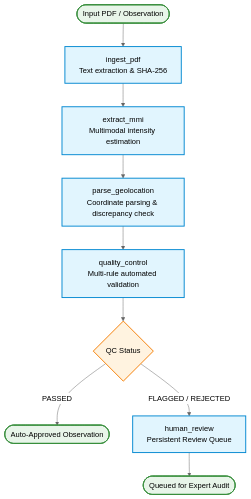
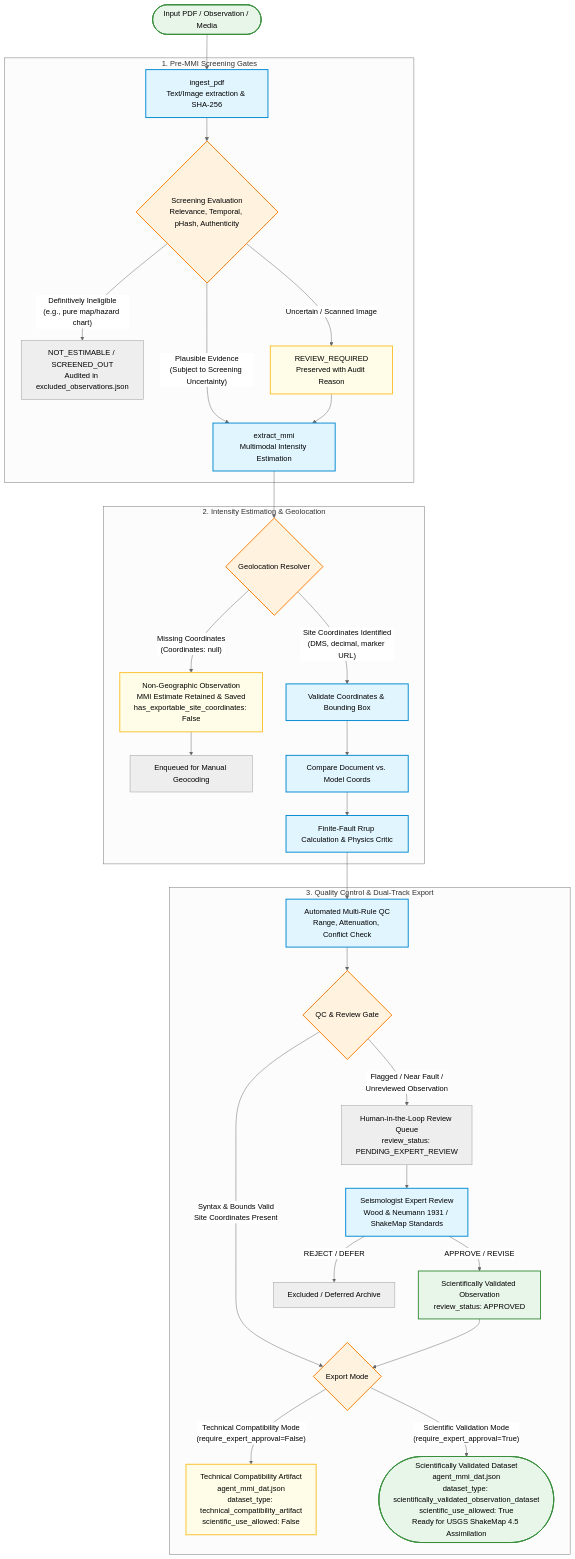
The diagram in docs/architecture.md (jdeng711/MMI-Gram), drawn with Mermaid (neutral theme) before and after one commit. The commit also changed other lines of this file and 7 other files, not shown here.

Commit message:
feat: harden scientific export safeguards, correct origin time metadata, and update architecture flowcharts

````diff
--- a/docs/architecture.md
+++ b/docs/architecture.md
@@ -67,19 +67,50 @@
 ```mermaid
 flowchart TD
-    Start([Input PDF / Observation]) --> Ingest[ingest_pdf<br/>Text extraction & SHA-256]
-    Ingest --> MMI[extract_mmi<br/>Multimodal intensity estimation]
-    MMI --> Geo[parse_geolocation<br/>Coordinate parsing & discrepancy check]
-    Geo --> QC[quality_control<br/>Multi-rule automated validation]
-    QC --> Decision{QC Status}
-    Decision -- PASSED --> Approved([Auto-Approved Observation])
-    Decision -- FLAGGED / REJECTED --> HITL[human_review<br/>Persistent Review Queue]
-    HITL --> Final([Queued for Expert Audit])
+    Start([Input PDF / Observation / Media]) --> Ingest[ingest_pdf<br/>Text/Image extraction & SHA-256]
+    
+    subgraph Screening ["1. Pre-MMI Screening Gates"]
+        Ingest --> GateCheck{Screening Evaluation<br/>Relevance, Temporal, pHash, Authenticity}
+        GateCheck -- "Definitively Ineligible<br/>(e.g., pure map/hazard chart)" --> ScreenedOut[NOT_ESTIMABLE / SCREENED_OUT<br/>Audited in excluded_observations.json]
+        GateCheck -- "Plausible Evidence<br/>(Subject to Screening Uncertainty)" --> MMI[extract_mmi<br/>Multimodal Intensity Estimation]
+        GateCheck -- "Uncertain / Scanned Image" --> FlagScreen[REVIEW_REQUIRED<br/>Preserved with Audit Reason]
+        FlagScreen --> MMI
+    end
+
+    subgraph EstimationAndGeo ["2. Intensity Estimation & Geolocation"]
+        MMI --> GeoResolution{Geolocation Resolver}
+        GeoResolution -- "Site Coordinates Identified<br/>(DMS, decimal, marker URL)" --> GeoValid[Validate Coordinates & Bounding Box]
+        GeoResolution -- "Missing Coordinates<br/>(Coordinates: null)" --> MissingGeo[Non-Geographic Observation<br/>MMI Estimate Retained & Saved<br/>has_exportable_site_coordinates: False]
+        MissingGeo --> HITL_Geo[Enqueued for Manual Geocoding]
+        GeoValid --> GeoCompare[Compare Document vs. Model Coords]
+        GeoCompare --> RrupPhysics[Finite-Fault Rrup Calculation & Physics Critic]
+    end
+
+    subgraph QualityControl ["3. Quality Control & Dual-Track Export"]
+        RrupPhysics --> QC[Automated Multi-Rule QC<br/>Range, Attenuation, Conflict Check]
+        QC --> GateStatus{QC & Review Gate}
+        
+        GateStatus -- "Syntax & Bounds Valid<br/>Site Coordinates Present" --> TechEligible{"Export Mode"}
+        
+        TechEligible -- "Technical Compatibility Mode<br/>(require_expert_approval=False)" --> TechExport[Technical Compatibility Artifact<br/>agent_mmi_dat.json<br/>dataset_type: technical_compatibility_artifact<br/>scientific_use_allowed: False]
+        
+        GateStatus -- "Flagged / Near Fault /<br/>Unreviewed Observation" --> HITL[Human-in-the-Loop Review Queue<br/>review_status: PENDING_EXPERT_REVIEW]
+        
+        HITL --> Seismologist[Seismologist Expert Review<br/>Wood & Neumann 1931 / ShakeMap Standards]
+        
+        Seismologist -- "APPROVE / REVISE" --> ApprovedObs[Scientifically Validated Observation<br/>review_status: APPROVED]
+        Seismologist -- "REJECT / DEFER" --> ExcludedAudit[Excluded / Deferred Archive]
+        
+        ApprovedObs --> TechEligible
+        TechEligible -- "Scientific Validation Mode<br/>(require_expert_approval=True)" --> SciExport([Scientifically Validated Dataset<br/>agent_mmi_dat.json<br/>dataset_type: scientifically_validated_observation_dataset<br/>scientific_use_allowed: True<br/>Ready for USGS ShakeMap 4.5 Assimilation])
+    end
 
     classDef implemented fill:#e1f5fe,stroke:#0288d1,stroke-width:2px;
     classDef decision fill:#fff3e0,stroke:#f57c00,stroke-width:2px;
     classDef terminal fill:#e8f5e9,stroke:#388e3c,stroke-width:2px;
+    classDef warning fill:#fffde7,stroke:#fbc02d,stroke-width:2px;
 
-    class Ingest,MMI,Geo,QC,HITL implemented;
-    class Decision decision;
-    class Start,Approved,Final terminal;
+    class Ingest,MMI,GeoValid,GeoCompare,RrupPhysics,QC,Seismologist implemented;
+    class GateCheck,GeoResolution,GateStatus,TechEligible decision;
+    class TechExport,MissingGeo,FlagScreen warning;
+    class Start,SciExport,ApprovedObs terminal;
 ```
````
